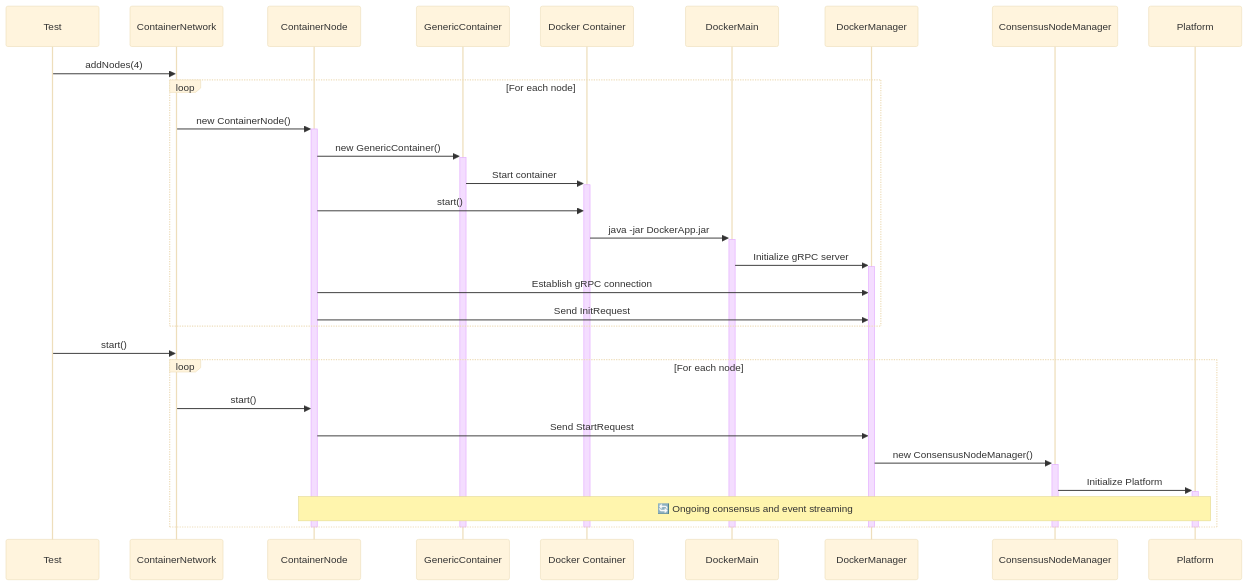
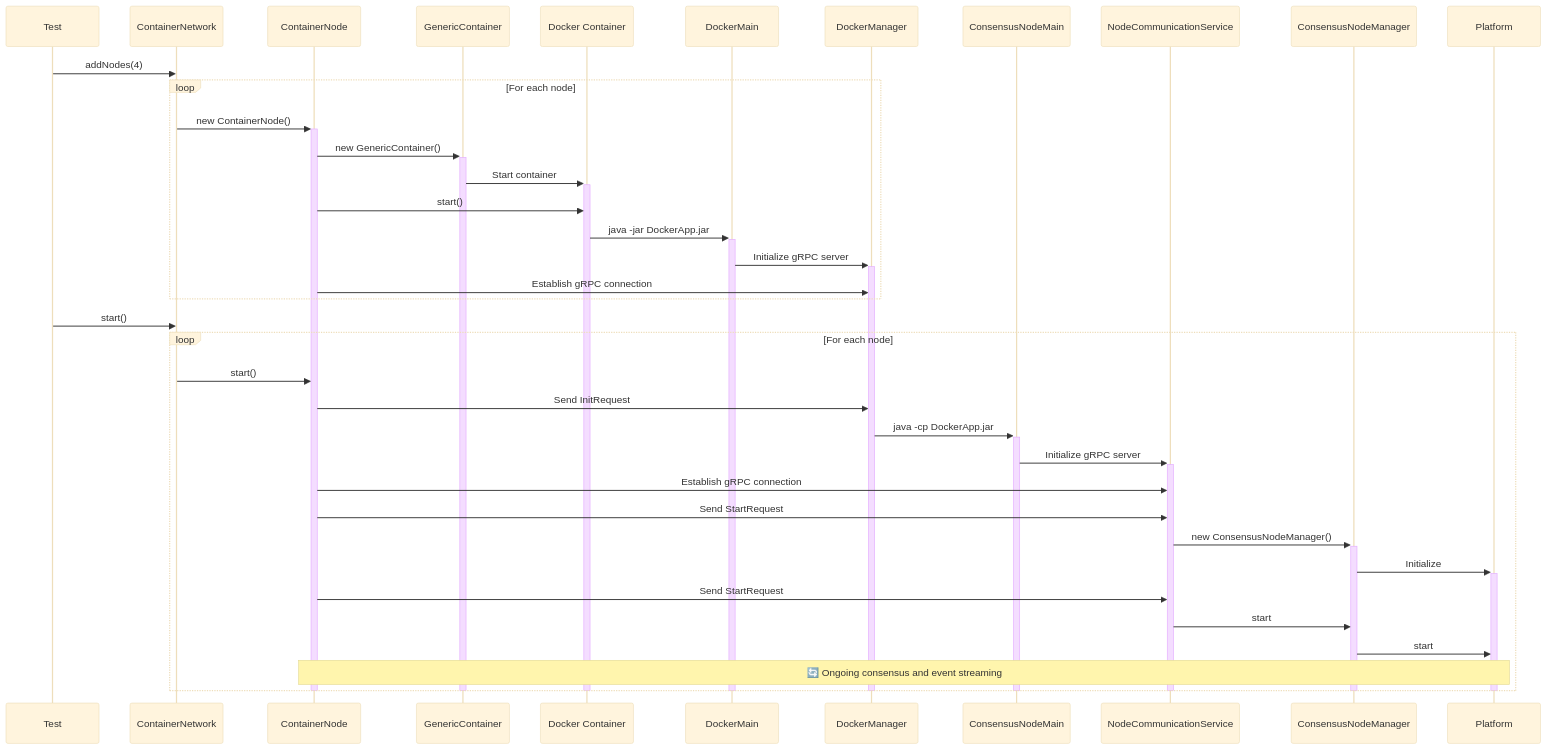
Before and after one commit to quiet-node/hiero-consensus-node: the third of 5 diagrams in platform-sdk/consensus-otter-tests/docs/container-environment.md, drawn with Mermaid (base theme). The commit also changed other lines of this file, not shown here.

Commit message:
chore: Update Otter Container docs (#20657)

````diff
--- a/platform-sdk/consensus-otter-tests/docs/container-environment.md
+++ b/platform-sdk/consensus-otter-tests/docs/container-environment.md
@@ -200,42 +225,52 @@
 ```mermaid
 sequenceDiagram
     participant Test as Test
     participant ContainerNetwork
     participant ContainerNode
     participant GenericContainer
     participant Container as Docker Container
     participant DockerMain
     participant DockerManager
+    participant ConsensusNodeMain
+    participant NodeCommunicationService
     participant ConsensusNodeManager
     participant Platform
     Test ->> ContainerNetwork: addNodes(4)
 
     loop For each node
         ContainerNetwork ->>+ ContainerNode: new ContainerNode()
         ContainerNode ->>+ GenericContainer: new GenericContainer()
         GenericContainer ->>+ Container: Start container
         ContainerNode ->> Container: start()
         Container ->>+ DockerMain: java -jar DockerApp.jar
         DockerMain ->>+ DockerManager: Initialize gRPC server
         ContainerNode ->> DockerManager: Establish gRPC connection
-        ContainerNode ->> DockerManager: Send InitRequest
     end
 
     Test ->> ContainerNetwork: start()
 
     loop For each node
         ContainerNetwork ->> ContainerNode: start()
-        ContainerNode ->> DockerManager: Send StartRequest
-        DockerManager ->>+ ConsensusNodeManager: new ConsensusNodeManager()
-        ConsensusNodeManager ->>+ Platform: Initialize Platform
+        ContainerNode ->> DockerManager: Send InitRequest
+        DockerManager ->>+ ConsensusNodeMain: java -cp DockerApp.jar
+        ConsensusNodeMain ->>+ NodeCommunicationService: Initialize gRPC server
+        ContainerNode ->> NodeCommunicationService: Establish gRPC connection
+        ContainerNode ->> NodeCommunicationService: Send StartRequest
+        NodeCommunicationService ->>+ ConsensusNodeManager: new ConsensusNodeManager()
+        ConsensusNodeManager ->>+ Platform: Initialize
+        ContainerNode ->> NodeCommunicationService: Send StartRequest
+        NodeCommunicationService ->> ConsensusNodeManager: start
+        ConsensusNodeManager ->> Platform: start
         Note over ContainerNode, Platform: 🔄 Ongoing consensus and event streaming
     end
 
     deactivate ContainerNode
     deactivate GenericContainer
+    deactivate ConsensusNodeMain
     deactivate Container
     deactivate DockerMain
     deactivate DockerManager
     deactivate ConsensusNodeManager
+    deactivate NodeCommunicationService
     deactivate Platform
 ```
````
